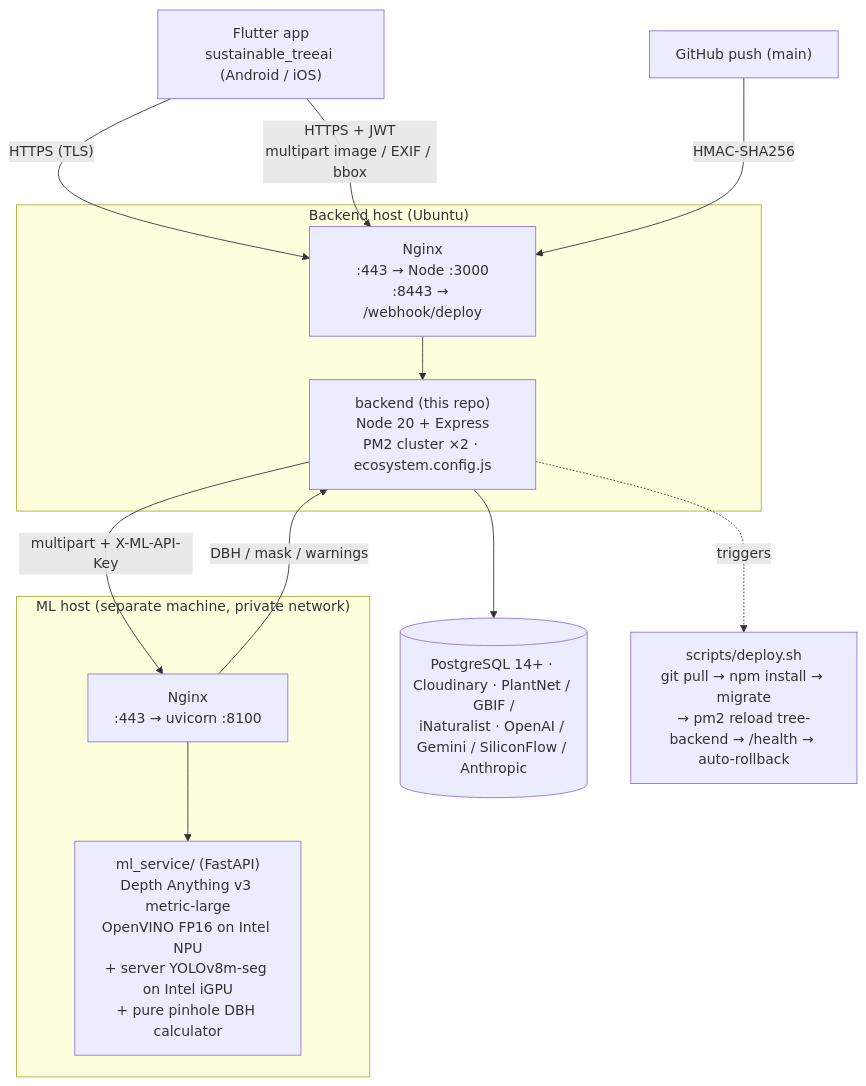
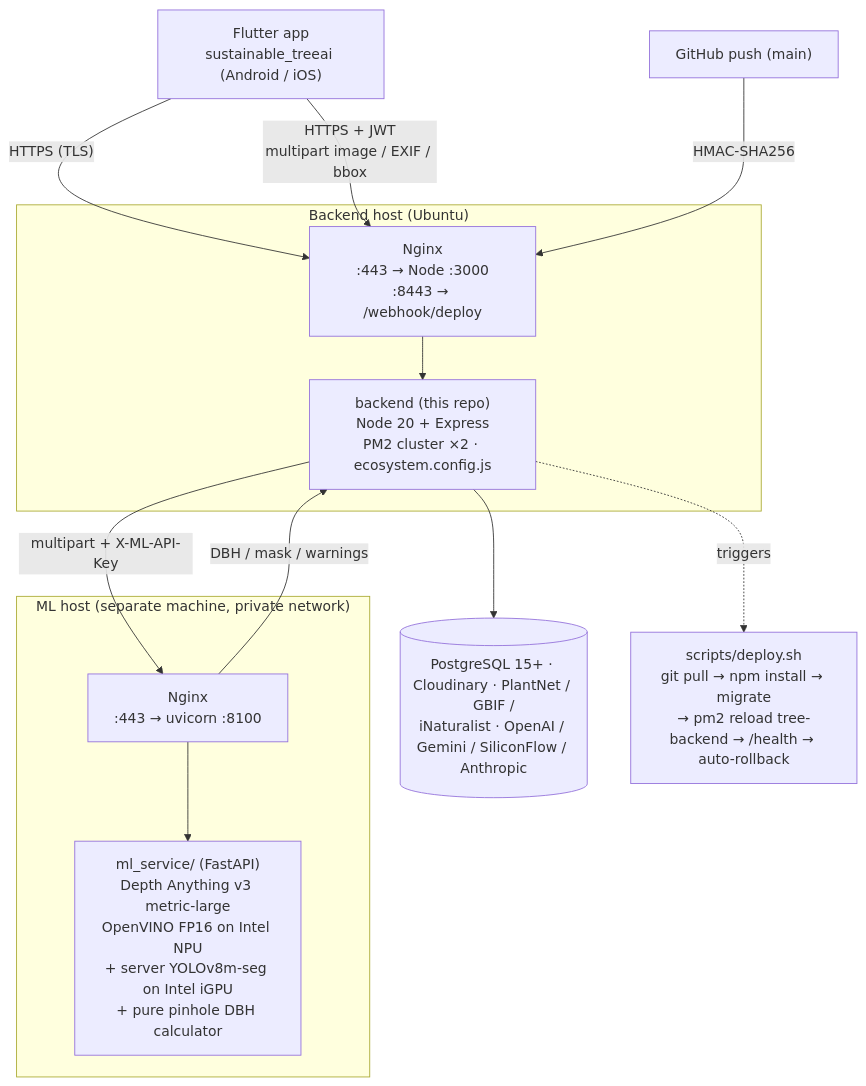
The first of 9 diagrams in README.md (icmnlab/tree-project-backend), drawn with Mermaid before and after one commit. The commit also changed other lines of this file, not shown here.

First line of the commit message:
docs(readme): document invite-code registration endpoints; align PostgreSQL version

````diff
--- a/README.md
+++ b/README.md
@@ -22,22 +22,22 @@
 ```mermaid
 flowchart TB
   app["Flutter app<br/>sustainable_treeai (Android / iOS)"]
   subgraph backendHost["Backend host (Ubuntu)"]
     nbe["Nginx<br/>:443 → Node :3000<br/>:8443 → /webhook/deploy"]
     be["backend (this repo)<br/>Node 20 + Express<br/>PM2 cluster ×2 · ecosystem.config.js"]
     nbe --> be
   end
   subgraph mlHost["ML host (separate machine, private network)"]
     nml["Nginx<br/>:443 → uvicorn :8100"]
     ml["ml_service/ (FastAPI)<br/>Depth Anything v3 metric-large<br/>OpenVINO FP16 on Intel NPU<br/>+ server YOLOv8m-seg on Intel iGPU<br/>+ pure pinhole DBH calculator"]
     nml --> ml
   end
-  ext[("PostgreSQL 14+ · Cloudinary · PlantNet / GBIF /<br/>iNaturalist · OpenAI / Gemini / SiliconFlow / Anthropic")]
+  ext[("PostgreSQL 15+ · Cloudinary · PlantNet / GBIF /<br/>iNaturalist · OpenAI / Gemini / SiliconFlow / Anthropic")]
   app -- "HTTPS (TLS)" --> nbe
   app -- "HTTPS + JWT<br/>multipart image / EXIF / bbox" --> nbe
   be -- "multipart + X-ML-API-Key" --> nml
   nml -- "DBH / mask / warnings" --> be
   be --> ext
   gh["GitHub push (main)"] -- "HMAC-SHA256" --> nbe
   be -. triggers .-> deploy["scripts/deploy.sh<br/>git pull → npm install → migrate<br/>→ pm2 reload tree-backend → /health → auto-rollback"]
 ```
````
